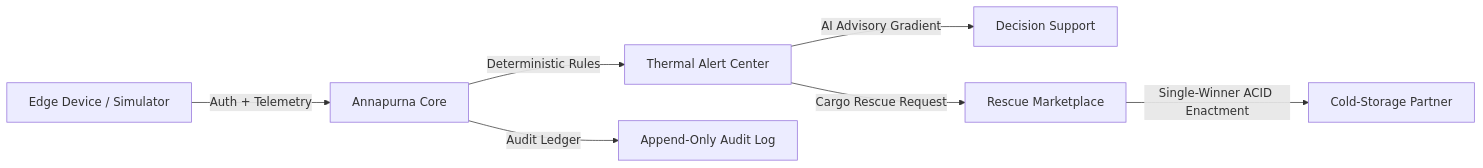
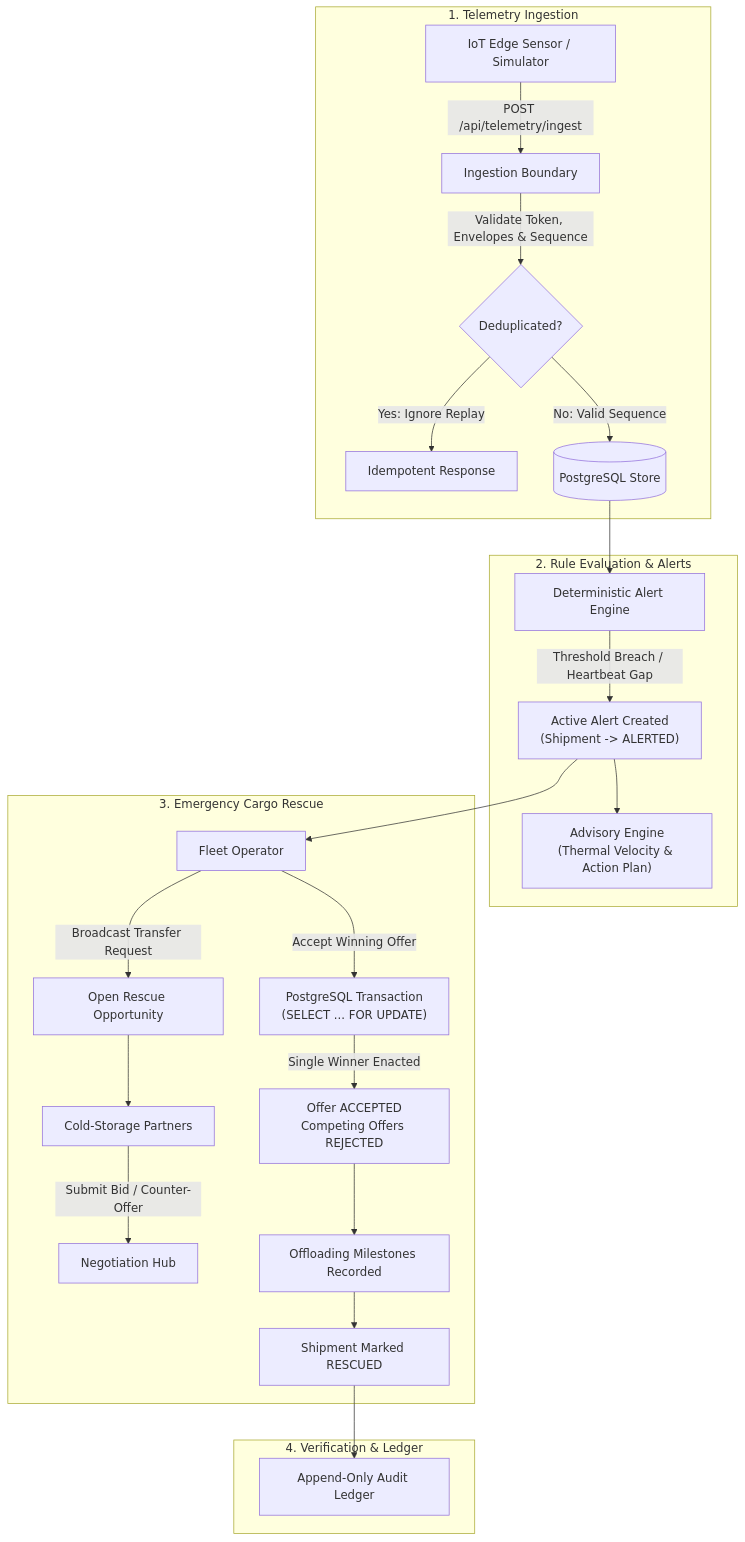
One commit to Kenkei69/Annapurna-Rebuilt changed the diagram in README.md. Above: the diagram before and after it, drawn with Mermaid. The commit also changed other lines of this file and 3 other files, not shown here.

````diff
--- a/README.md
+++ b/README.md
@@ -20,9 +35,30 @@
 ```mermaid
-flowchart LR
-    Edge["Edge Device / Simulator"] -->|Auth + Telemetry| Core["Annapurna Core"]
-    Core -->|Deterministic Rules| Alert["Thermal Alert Center"]
-    Alert -->|AI Advisory Gradient| AI["Decision Support"]
-    Alert -->|Cargo Rescue Request| Market["Rescue Marketplace"]
-    Market -->|Single-Winner ACID Enactment| Partner["Cold-Storage Partner"]
-    Core -->|Audit Ledger| Audit["Append-Only Audit Log"]
+flowchart TD
+    subgraph Ingestion["1. Telemetry Ingestion"]
+        Sensor["IoT Edge Sensor / Simulator"] -->|POST /api/telemetry/ingest| Gateway["Ingestion Boundary"]
+        Gateway -->|Validate Token, Envelopes & Sequence| Dedup{"Deduplicated?"}
+        Dedup -->|Yes: Ignore Replay| Drop["Idempotent Response"]
+        Dedup -->|No: Valid Sequence| DB[("PostgreSQL Store")]
+    end
+
+    subgraph Evaluation["2. Rule Evaluation & Alerts"]
+        DB --> RuleEngine["Deterministic Alert Engine"]
+        RuleEngine -->|Threshold Breach / Heartbeat Gap| Alert["Active Alert Created\n(Shipment -> ALERTED)"]
+        Alert --> Advisory["Advisory Engine\n(Thermal Velocity & Action Plan)"]
+    end
+
+    subgraph Rescue["3. Emergency Cargo Rescue"]
+        Alert --> Operator["Fleet Operator"]
+        Operator -->|Broadcast Transfer Request| Opportunity["Open Rescue Opportunity"]
+        Opportunity --> Partners["Cold-Storage Partners"]
+        Partners -->|Submit Bid / Counter-Offer| Negotiation["Negotiation Hub"]
+        Operator -->|Accept Winning Offer| TxAccept["PostgreSQL Transaction\n(SELECT ... FOR UPDATE)"]
+        TxAccept -->|Single Winner Enacted| Winner["Offer ACCEPTED\nCompeting Offers REJECTED"]
+        Winner --> Transfer["Offloading Milestones Recorded"]
+        Transfer --> Rescued["Shipment Marked RESCUED"]
+    end
+
+    subgraph Audit["4. Verification & Ledger"]
+        Rescued --> AuditLog["Append-Only Audit Ledger"]
+    end
 ```
````
